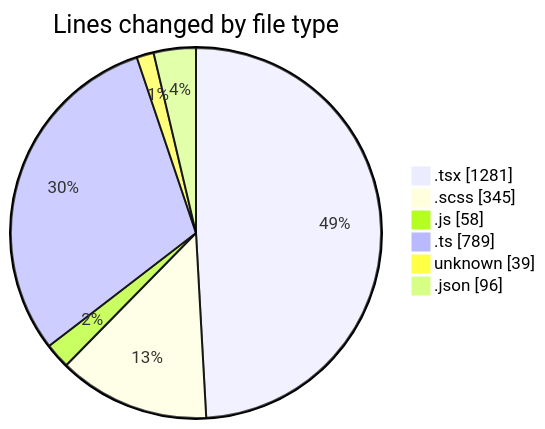
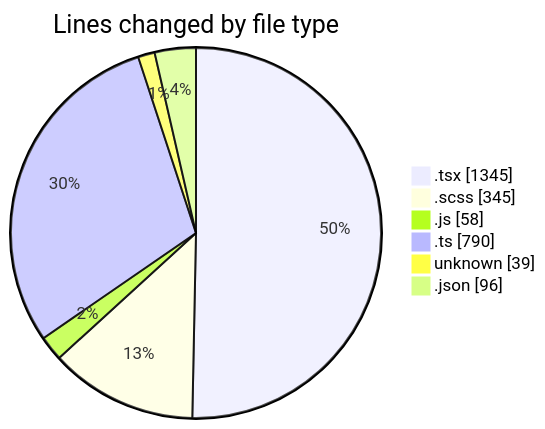
One commit to momahboobian/code-tracking changed the first of 2 diagrams in 2025-05-02/cda/README.md. Above: the diagram before and after it, drawn with Mermaid. The commit also changed other lines of this file and 1 other file, not shown here.

````diff
--- a/2025-05-02/cda/README.md
+++ b/2025-05-02/cda/README.md
@@ -36,10 +37,10 @@
 ```mermaid
 pie showData
 title Lines changed by file type
-".tsx" : 1281
+".tsx" : 1345
 ".scss" : 345
 ".js" : 58
-".ts" : 789
+".ts" : 790
 "unknown" : 39
 ".json" : 96
 ```
````
